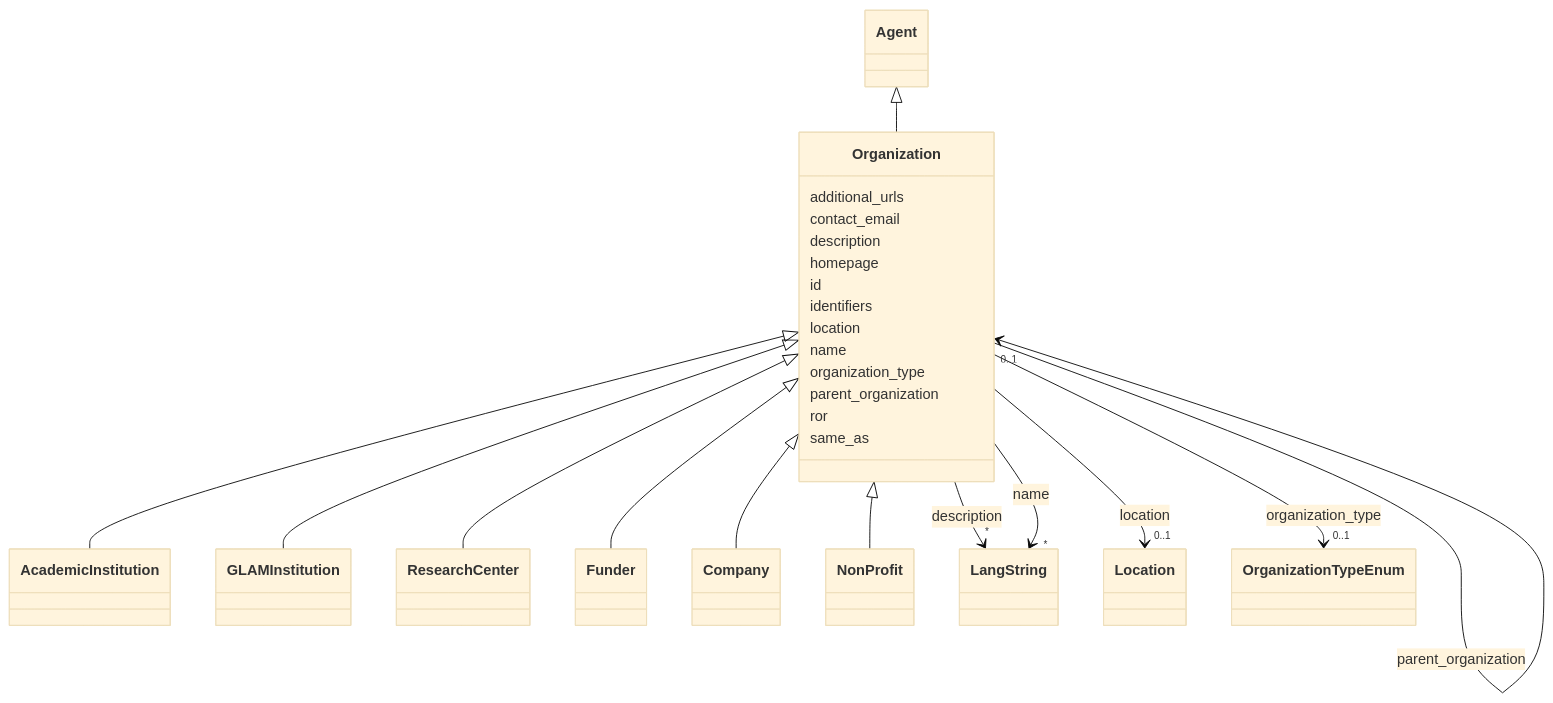
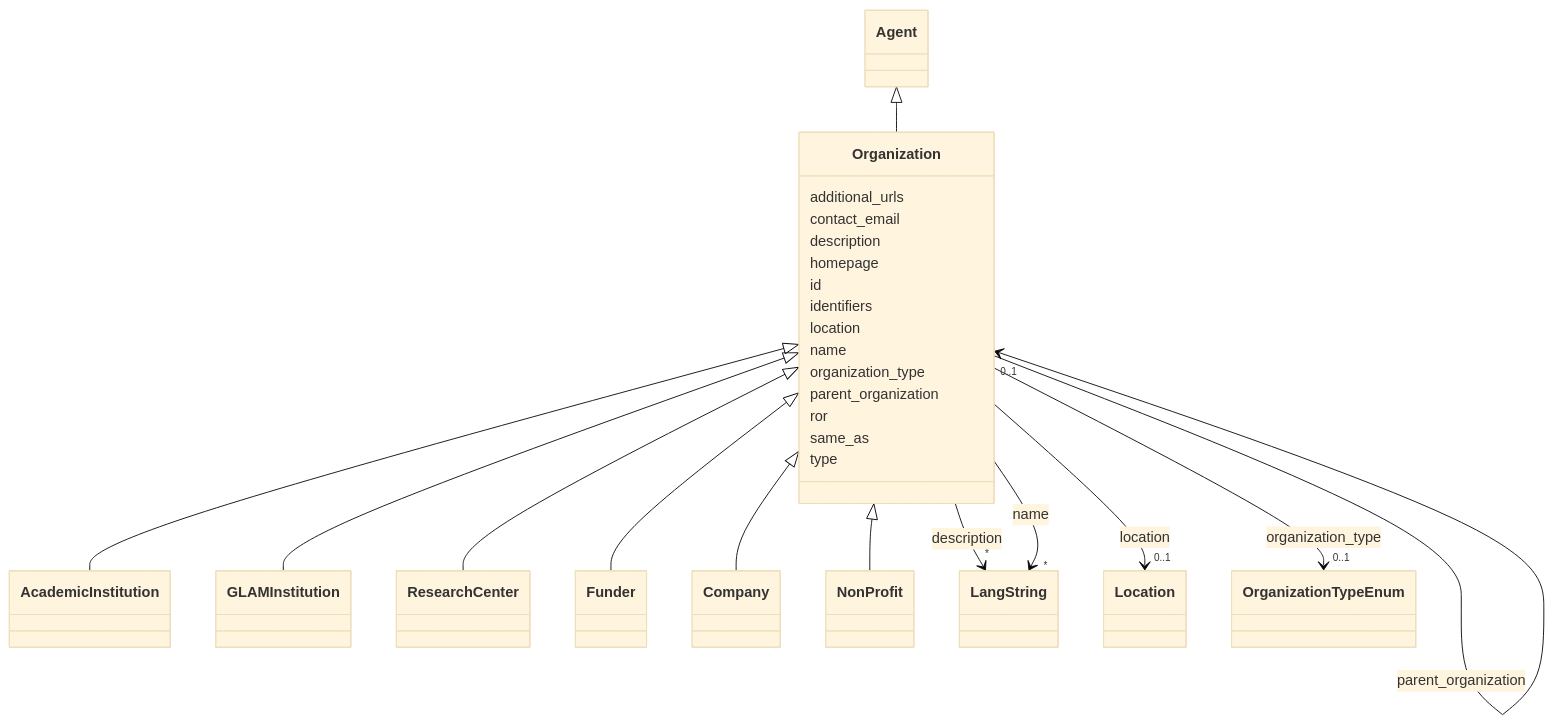
One commit to DARIAH-IL/idhi-manifests changed the diagram in docs/classes/Organization.md. Above: the diagram before and after it, drawn with Mermaid (base theme). The commit also changed other lines of this file and 26 other files, not shown here.

````diff
--- a/docs/classes/Organization.md
+++ b/docs/classes/Organization.md
@@ -111,5 +111,7 @@
         
       Organization : same_as
         
+      Organization : type
+        
       
 ```
````
